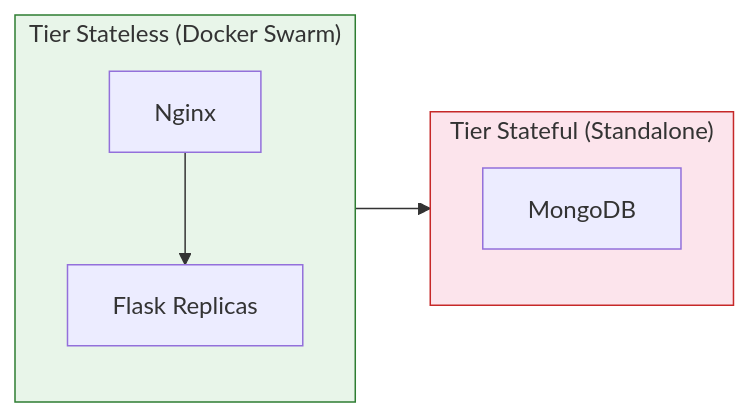
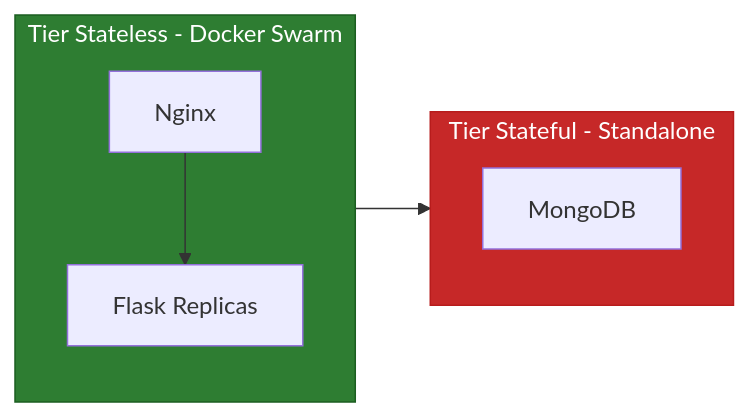
Before and after one commit to baboey/fp-tka-1: the fourth of 5 diagrams in README.md, drawn with Mermaid. The commit also changed other lines of this file, not shown here.

Commit message:
docs: fix mermaid styling for readability and remove $ in pie chart title

````diff
--- a/README.md
+++ b/README.md
@@ -226,13 +226,13 @@
 ```mermaid
 graph LR
-    subgraph STATELESS["Tier Stateless (Docker Swarm)"]
+    subgraph STATELESS["Tier Stateless - Docker Swarm"]
         N["Nginx"] --> F["Flask Replicas"]
     end
-    subgraph STATEFUL["Tier Stateful (Standalone)"]
+    subgraph STATEFUL["Tier Stateful - Standalone"]
         M["MongoDB"]
     end
     STATELESS --> STATEFUL
 
-    style STATELESS fill:#e8f5e9,stroke:#2E7D32
-    style STATEFUL fill:#fce4ec,stroke:#C62828
+    style STATELESS fill:#2E7D32,stroke:#1b5e20,color:#fff
+    style STATEFUL fill:#C62828,stroke:#b71c1c,color:#fff
 ```
````
